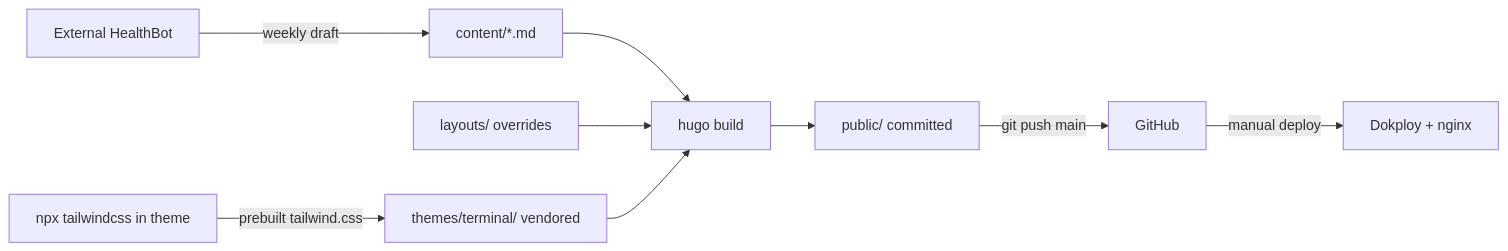
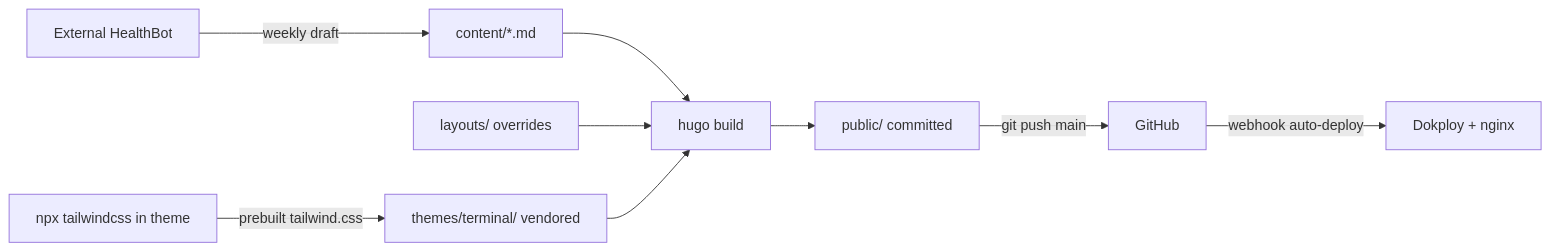
The diagram in AGENTS.md (robwilde/mrwilde.dev), drawn with Mermaid before and after one commit. The commit also changed other lines of this file and 2 other files, not shown here.

Commit message:
docs: deployment auto-deploys on push (drop manual Dokploy UI step)

````diff
--- a/AGENTS.md
+++ b/AGENTS.md
@@ -19,11 +19,11 @@
 ```mermaid
 flowchart LR
   C[content/*.md] --> H[hugo build]
   L[layouts/ overrides] --> H
   T[themes/terminal/ vendored] --> H
   TW[npx tailwindcss in theme] -->|prebuilt tailwind.css| T
   H --> P[public/ committed]
   P -->|git push main| G[GitHub]
-  G -->|manual deploy| D[Dokploy + nginx]
+  G -->|webhook auto-deploy| D[Dokploy + nginx]
   HB[External HealthBot] -->|weekly draft| C
 ```
````
